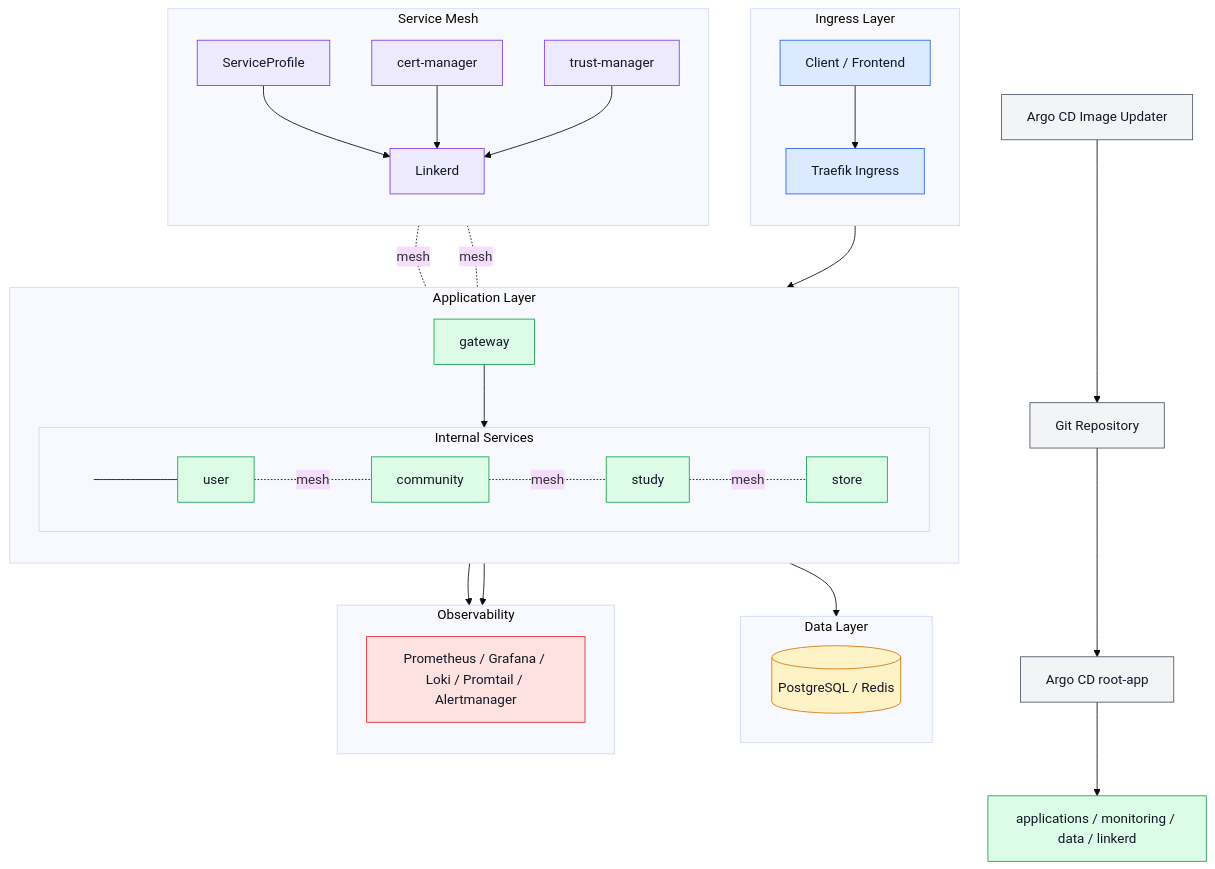
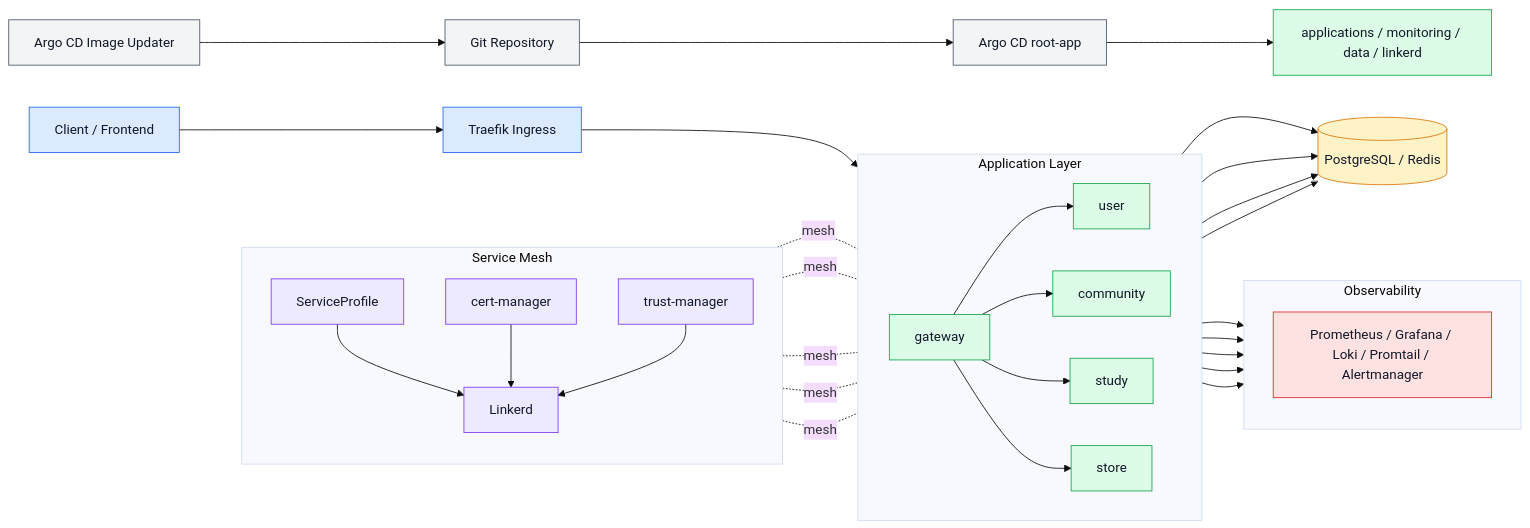
One commit to checkMateit/checkmate-kubernetes changed the diagram in README.md. Above: the diagram before and after it, drawn with Mermaid (base theme).

````diff
--- a/README.md
+++ b/README.md
@@ -16,5 +16,5 @@
 ```mermaid
-flowchart TD
+flowchart LR
     classDef gitops fill:#f3f4f6,stroke:#4b5563,color:#111827,stroke-width:1px;
     classDef ingress fill:#dbeafe,stroke:#2563eb,color:#111827,stroke-width:1px;
     classDef app fill:#dcfce7,stroke:#16a34a,color:#111827,stroke-width:1px;
@@ -22,72 +22,59 @@
     classDef mesh fill:#ede9fe,stroke:#7c3aed,color:#111827,stroke-width:1px;
     classDef obs fill:#fee2e2,stroke:#dc2626,color:#111827,stroke-width:1px;
 
-    Repo[Git Repository]
-    ImageUpdater[Argo CD Image Updater]
-    ArgoCD[Argo CD root-app]
+    %% GitOps
+    Repo[Git Repository] --> ArgoCD[Argo CD root-app]
+    ImageUpdater[Argo CD Image Updater] --> Repo
+    ArgoCD --> Platform[applications / monitoring / data / linkerd]
 
-    Repo --> ArgoCD
-    ImageUpdater --> Repo
+    %% Ingress
+    Client[Client / Frontend] --> Traefik[Traefik Ingress]
+    Traefik --> Gateway[gateway]
 
-    subgraph Ingress["Ingress Layer"]
-        direction TB
-        Client[Client / Frontend]
-        Traefik[Traefik Ingress]
-        Client --> Traefik
+    %% Application Layer (가로)
+    subgraph App["Application Layer"]
+        direction LR
+        Gateway --> User[user]
+        Gateway --> Community[community]
+        Gateway --> Study[study]
+        Gateway --> Store[store]
     end
 
-    subgraph App["Application Layer"]
-        direction TB
-        Gateway[gateway]
+    %% Data
+    User --> DataStore[(PostgreSQL / Redis)]
+    Community --> DataStore
+    Study --> DataStore
+    Store --> DataStore
 
-        subgraph ServicesBox["Internal Services"]
-            direction LR
-            ServicesAnchor(( ))
-            User[user]
-            Community[community]
-            Study[study]
-            Store[store]
-
-            ServicesAnchor --- User
-            User -. mesh .- Community
-            Community -. mesh .- Study
-            Study -. mesh .- Store
-        end
-
-        Traefik --> Gateway
-        Gateway --> ServicesAnchor
-    end
-
-    subgraph Data["Data Layer"]
-        direction LR
-        DataStore[(PostgreSQL / Redis)]
-    end
-
-    ServicesAnchor --> DataStore
-
+    %% Service Mesh
     subgraph Mesh["Service Mesh"]
         direction TB
         Linkerd[Linkerd]
         ServiceProfile[ServiceProfile]
         CertManager[cert-manager]
         TrustManager[trust-manager]
+        ServiceProfile --> Linkerd
+        CertManager --> Linkerd
+        TrustManager --> Linkerd
     end
 
     Linkerd -. mesh .- Gateway
-    Linkerd -. mesh .- ServicesAnchor
-    ServiceProfile --> Linkerd
-    CertManager --> Linkerd
-    TrustManager --> Linkerd
+    Linkerd -. mesh .- User
+    Linkerd -. mesh .- Community
+    Linkerd -. mesh .- Study
+    Linkerd -. mesh .- Store
 
+    %% Observability
     subgraph Obs["Observability"]
         direction TB
         Monitoring[Prometheus / Grafana / Loki / Promtail / Alertmanager]
     end
 
     Gateway --> Monitoring
-    ServicesAnchor --> Monitoring
-
-    ArgoCD --> Platform[applications / monitoring / data / linkerd]
+    User --> Monitoring
+    Community --> Monitoring
+    Study --> Monitoring
+    Store --> Monitoring
 
     class Repo,ImageUpdater,ArgoCD gitops;
     class Client,Traefik ingress;
@@ -95,5 +82,4 @@
     class DataStore data;
     class Linkerd,ServiceProfile,CertManager,TrustManager mesh;
     class Monitoring obs;
-    style ServicesAnchor fill:transparent,stroke:transparent,color:transparent;
 ```
````
